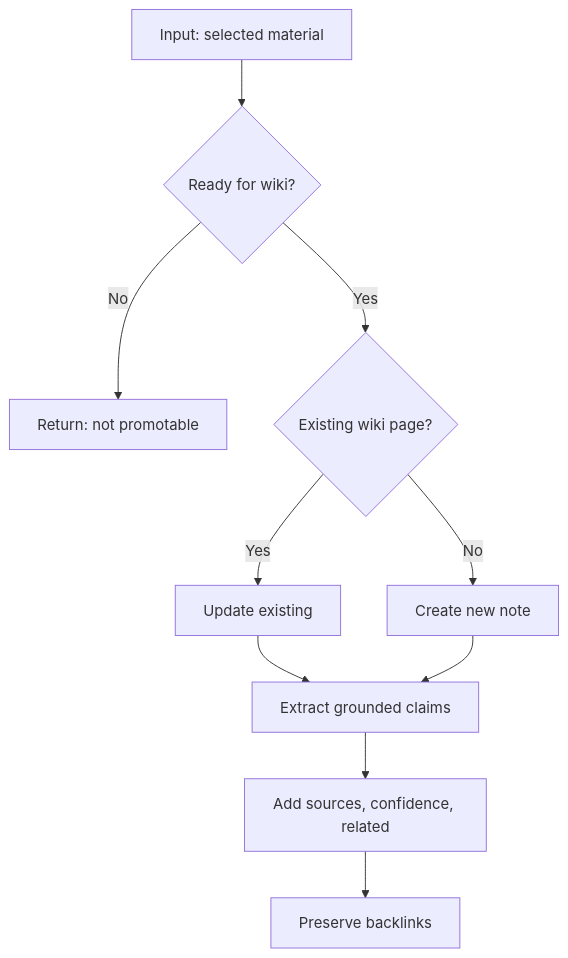
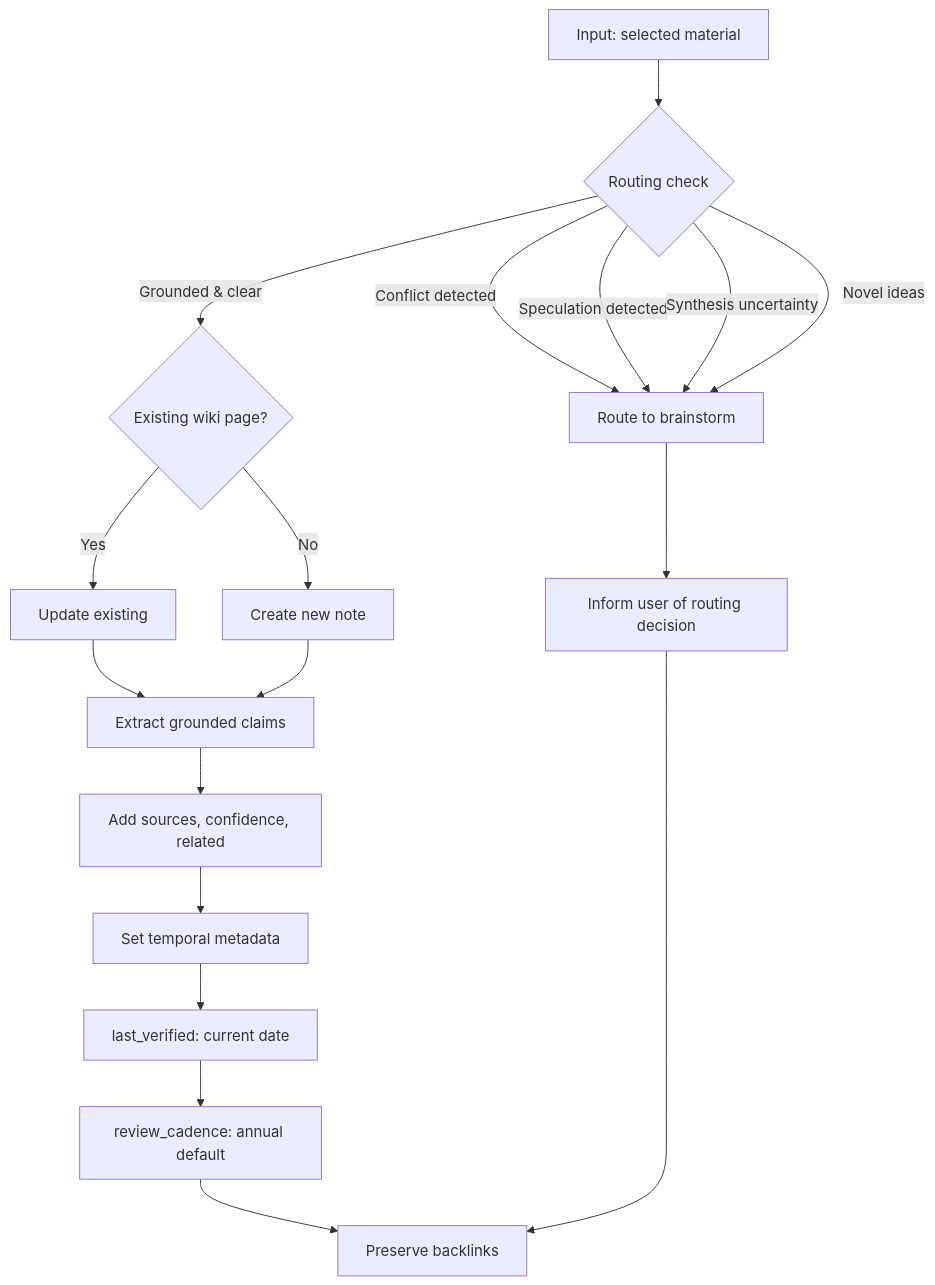
Diagram 12 of 22 in docs/routing-flows.md (gengyabc/baicai-notebook), drawn with Mermaid before and after one commit. The commit also changed other lines of this file and 3 other files, not shown here.

Commit message:
chore(vault): Clarify routing and review metadata

````diff
--- a/docs/routing-flows.md
+++ b/docs/routing-flows.md
@@ -322,12 +324,20 @@
 ```mermaid
 flowchart TD
-    A[Input: selected material] --> B{Ready for wiki?}
-    B -->|No| C[Return: not promotable]
-    B -->|Yes| D{Existing wiki page?}
-    D -->|Yes| E[Update existing]
-    D -->|No| F[Create new note]
-    E --> G[Extract grounded claims]
-    F --> G
-    G --> H[Add sources, confidence, related]
-    H --> I[Preserve backlinks]
+    A[Input: selected material] --> B{Routing check}
+    B -->|Conflict detected| C[Route to brainstorm]
+    B -->|Speculation detected| C
+    B -->|Synthesis uncertainty| C
+    B -->|Novel ideas| C
+    B -->|Grounded & clear| D{Existing wiki page?}
+    C --> E[Inform user of routing decision]
+    D -->|Yes| F[Update existing]
+    D -->|No| G[Create new note]
+    F --> H[Extract grounded claims]
+    G --> H
+    H --> I[Add sources, confidence, related]
+    I --> J[Set temporal metadata]
+    J --> K[last_verified: current date]
+    K --> L[review_cadence: annual default]
+    L --> M[Preserve backlinks]
+    E --> M
 ```
````
